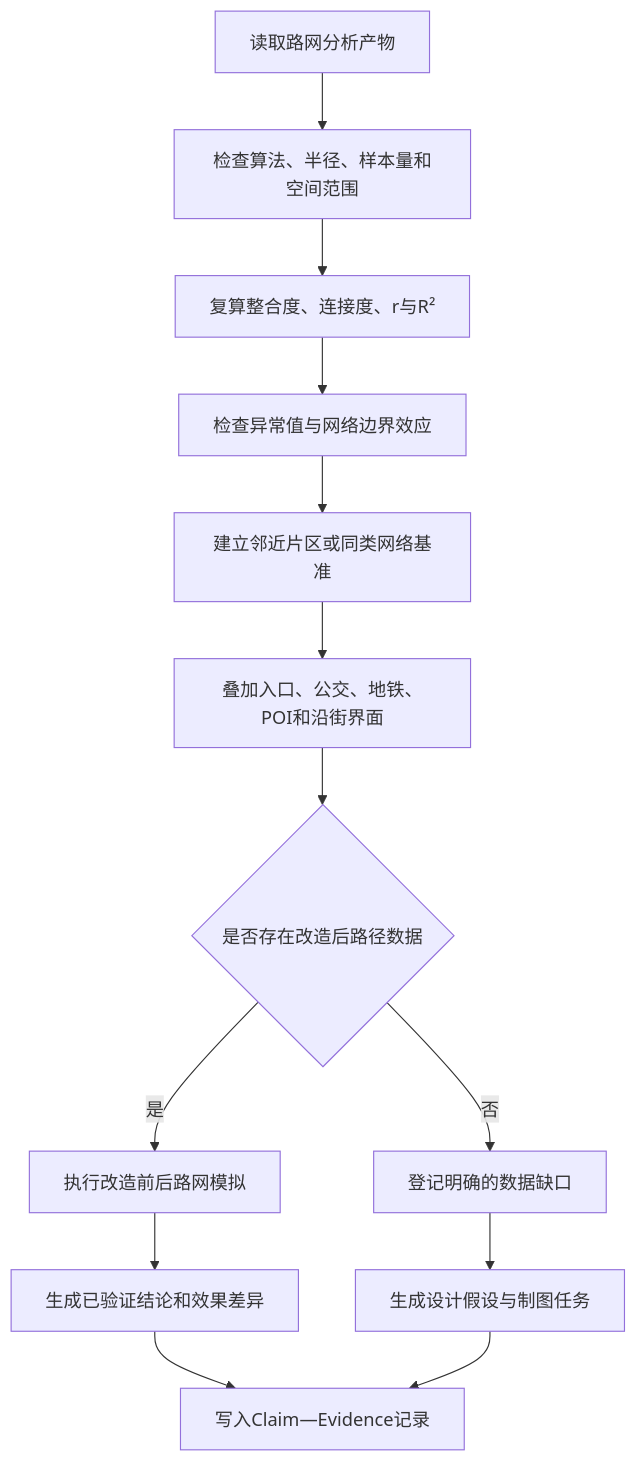
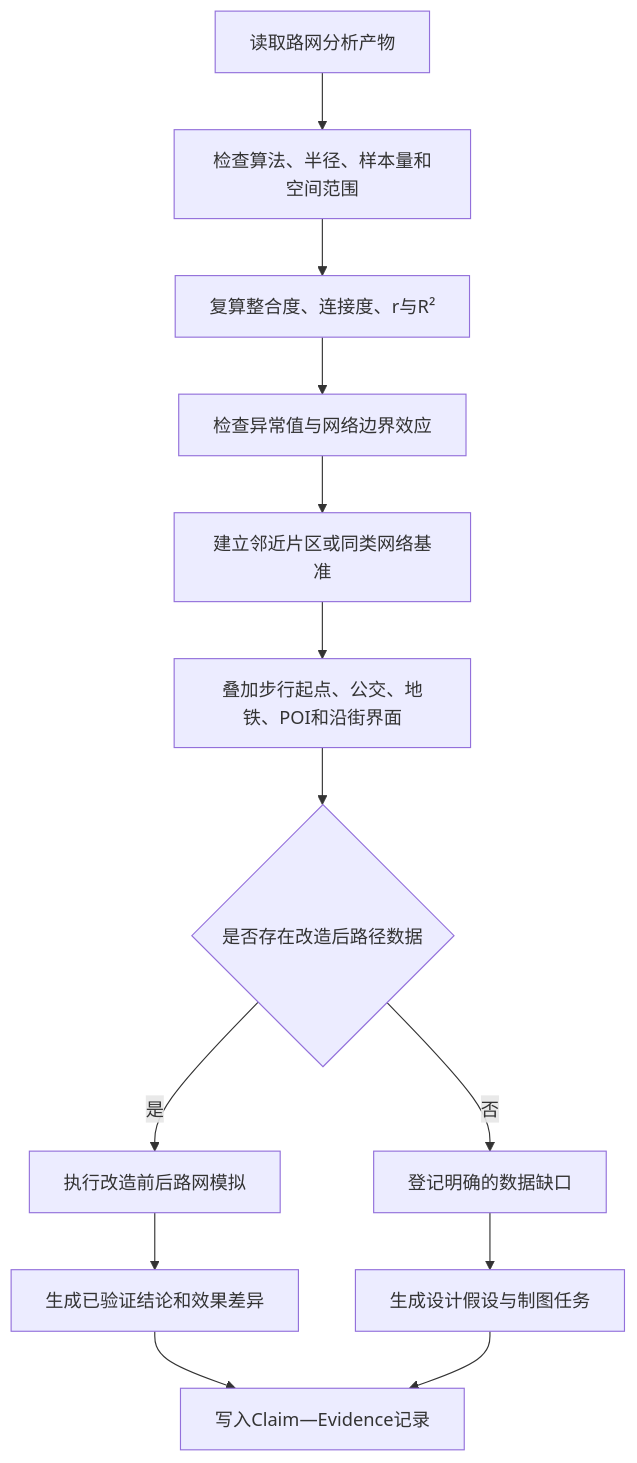
The diagram in docs/Agent自主验证与证据闭环规范.md (qkdawn/gaode-map), drawn with Mermaid before and after one commit. The commit also changed other lines of this file and 207 other files, not shown here.

````diff
--- a/docs/Agent自主验证与证据闭环规范.md
+++ b/docs/Agent自主验证与证据闭环规范.md
@@ -302,15 +302,15 @@
 ```mermaid
 flowchart TD
     A["读取路网分析产物"] --> B["检查算法、半径、样本量和空间范围"]
     B --> C["复算整合度、连接度、r与R²"]
     C --> D["检查异常值与网络边界效应"]
     D --> E["建立邻近片区或同类网络基准"]
-    E --> F["叠加入口、公交、地铁、POI和沿街界面"]
+    E --> F["叠加步行起点、公交、地铁、POI和沿街界面"]
     F --> G{"是否存在改造后路径数据"}
     G -->|是| H["执行改造前后路网模拟"]
     G -->|否| I["登记明确的数据缺口"]
     H --> J["生成已验证结论和效果差异"]
     I --> K["生成设计假设与制图任务"]
     J --> L["写入Claim—Evidence记录"]
     K --> L
 ```
````
